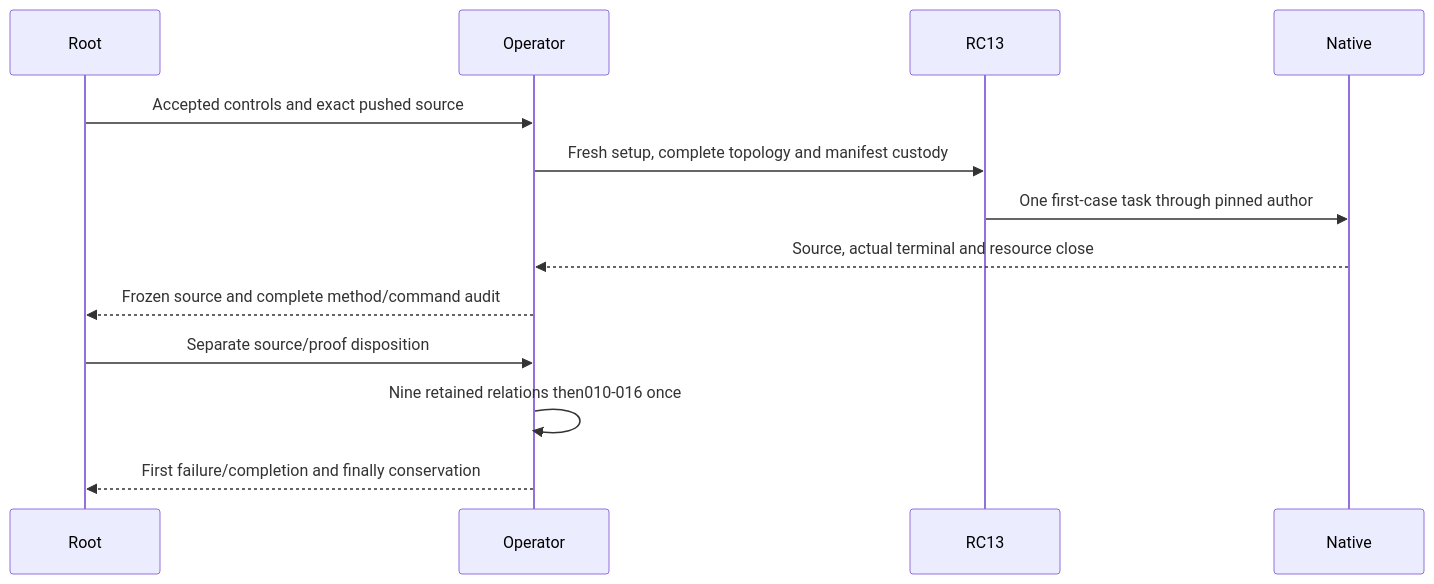
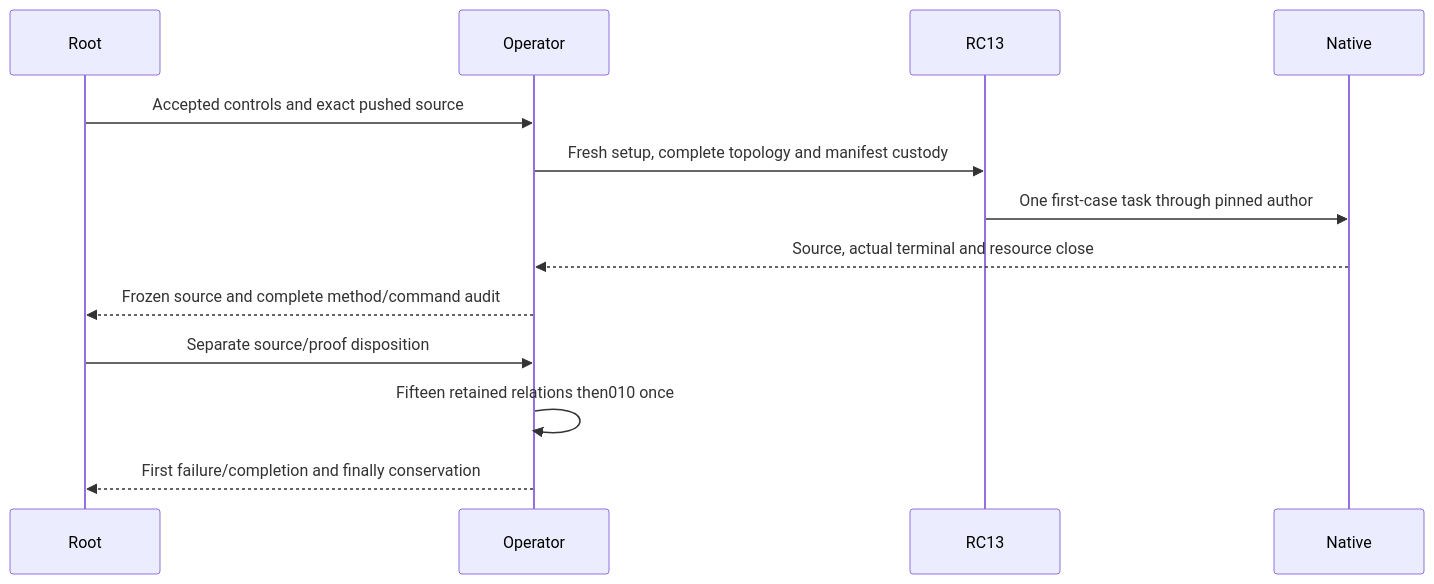
One commit to foolishimp/abiogenesis changed the diagram in .ai-workspace/work/T287_RELEASE_RESUMPTION_01/rc14-release-gap-01/regression-repair-08/README.md. Above: the diagram before and after it, drawn with Mermaid. The commit also changed other lines of this file and 12 other files, not shown here.

````diff
--- a/.ai-workspace/work/T287_RELEASE_RESUMPTION_01/rc14-release-gap-01/regression-repair-08/README.md
+++ b/.ai-workspace/work/T287_RELEASE_RESUMPTION_01/rc14-release-gap-01/regression-repair-08/README.md
@@ -5,15 +5,15 @@
 ```mermaid
 sequenceDiagram
     participant Root
     participant Operator
     participant RC13
     participant Native
     Root->>Operator: Accepted controls and exact pushed source
     Operator->>RC13: Fresh setup, complete topology and manifest custody
     RC13->>Native: One first-case task through pinned author
     Native-->>Operator: Source, actual terminal and resource close
     Operator-->>Root: Frozen source and complete method/command audit
     Root->>Operator: Separate source/proof disposition
-    Operator->>Operator: Nine retained relations then010-016 once
+    Operator->>Operator: Fifteen retained relations then010 once
     Operator-->>Root: First failure/completion and finally conservation
 ```
````
